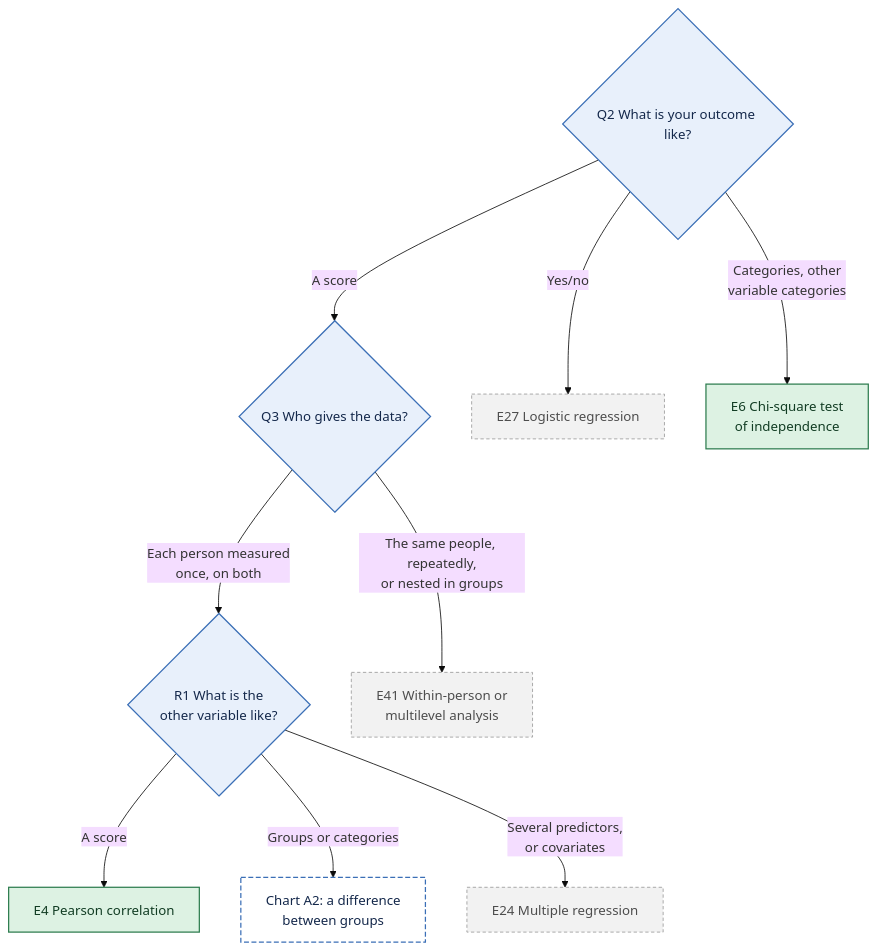
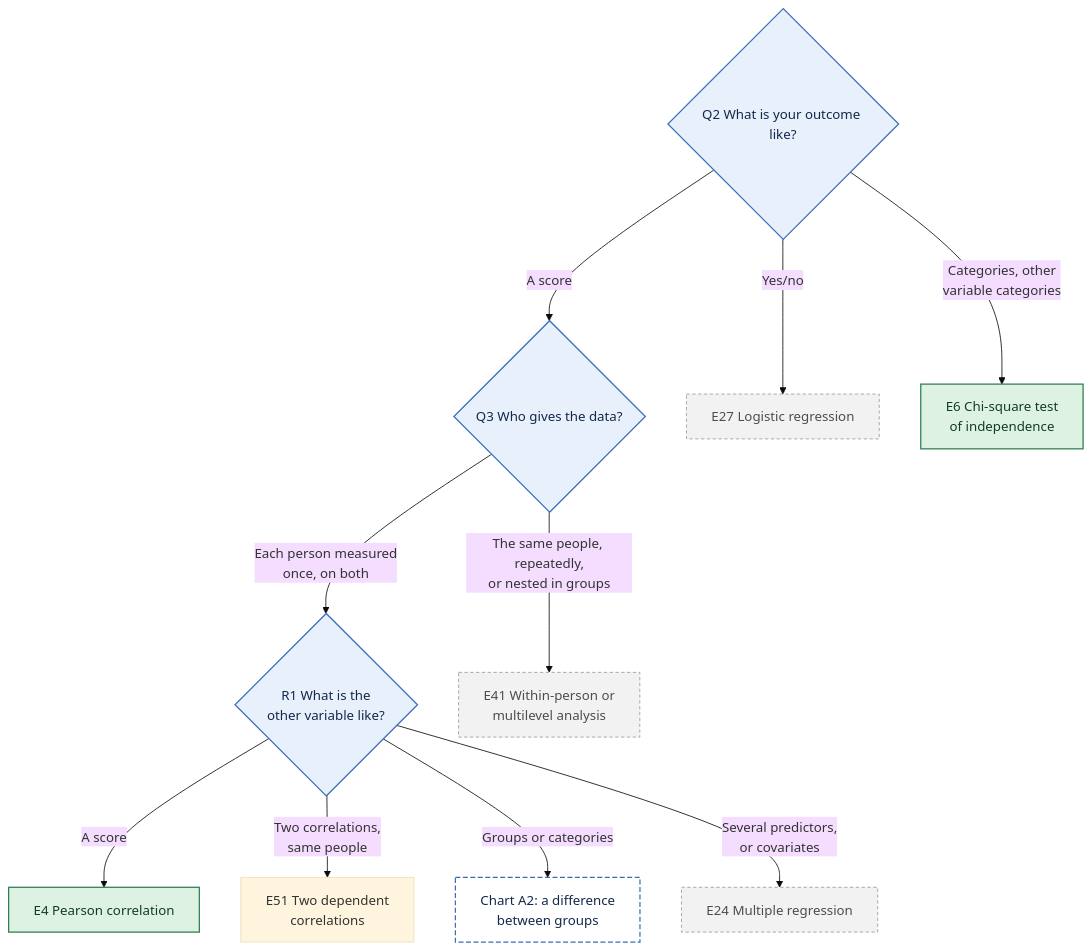
Before and after one commit to JoelThornton/Powerkit: the fifth of 11 diagrams in docs/decision-tree.md, drawn with Mermaid (base theme). The commit also changed other lines of this file and 15 other files, not shown here.

First line of the commit message:
App: two dependent correlations get their own card (#116)

````diff
--- a/docs/decision-tree.md
+++ b/docs/decision-tree.md
@@ -366,21 +366,22 @@
 ```mermaid
 flowchart TD
   Q2{"Q2 What is your outcome like?"}
   Q2 -->|A score| Q3{"Q3 Who gives the data?"}
   Q3 -->|Each person measured<br/>once, on both| R1{"R1 What is the<br/>other variable like?"}
   Q3 -->|The same people, repeatedly,<br/>or nested in groups| E41["E41 Within-person or<br/>multilevel analysis"]
   R1 -->|A score| E4["E4 Pearson correlation"]
+  R1 -->|Two correlations,<br/>same people| E51["E51 Two dependent<br/>correlations"]
   R1 -->|Groups or categories| A2["Chart A2: a difference<br/>between groups"]
   R1 -->|Several predictors,<br/>or covariates| E24["E24 Multiple regression"]
   Q2 -->|Yes/no| E27["E27 Logistic regression"]
   Q2 -->|Categories, other<br/>variable categories| E6["E6 Chi-square test<br/>of independence"]
   class Q2,Q3,R1 q
   class E4,E6 avail
   class E24,E27,E41 later
   class A2 jump
   classDef q fill:#E8F0FB,stroke:#3B6FB6,color:#14284B,stroke-width:1.5px
   classDef avail fill:#DDF2E3,stroke:#2E7D4F,color:#123D24,stroke-width:1.5px
   classDef spec fill:#FFF0D1,stroke:#B97A00,color:#4A3200,stroke-width:1.5px
   classDef later fill:#F2F2F2,stroke:#9A9A9A,color:#4D4D4D,stroke-width:1px,stroke-dasharray:4 3
   classDef jump fill:#FFFFFF,stroke:#3B6FB6,color:#14284B,stroke-width:1.5px,stroke-dasharray:6 3
 ```
````
